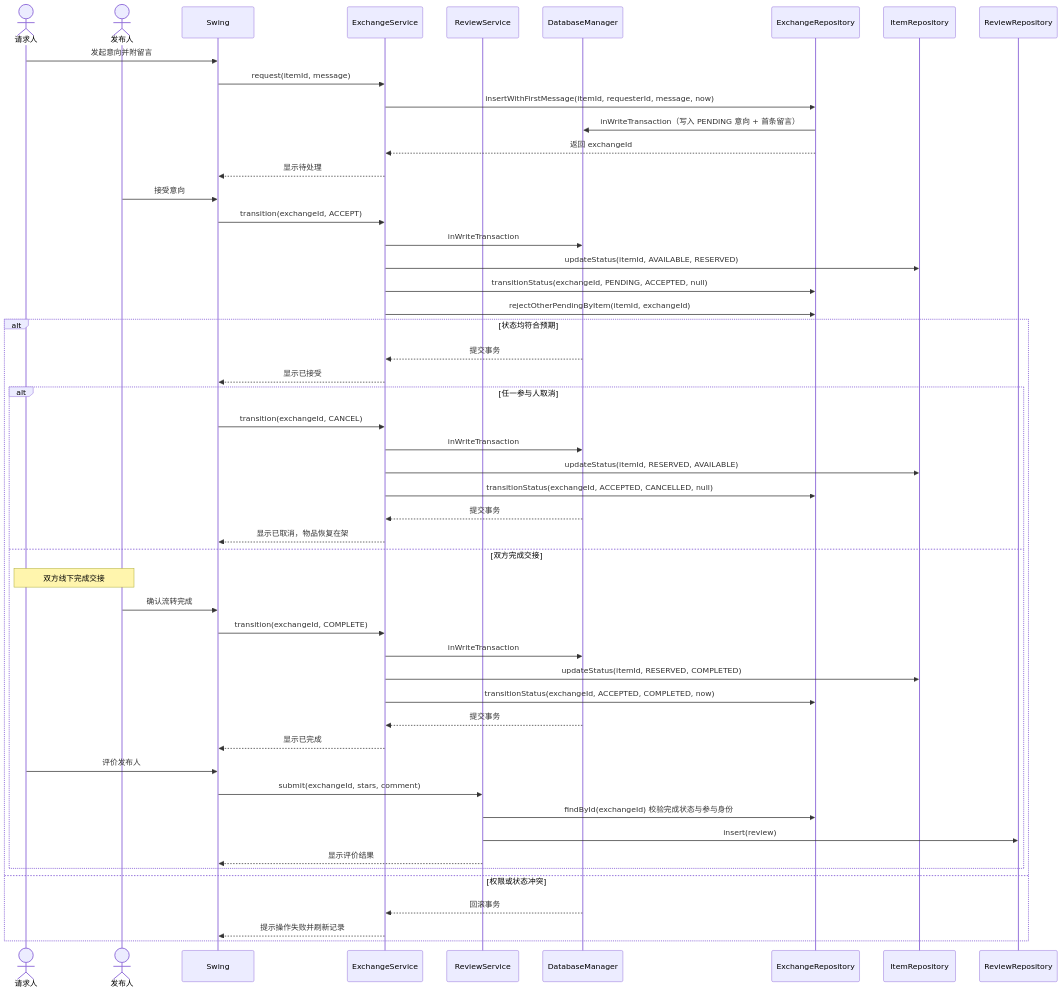
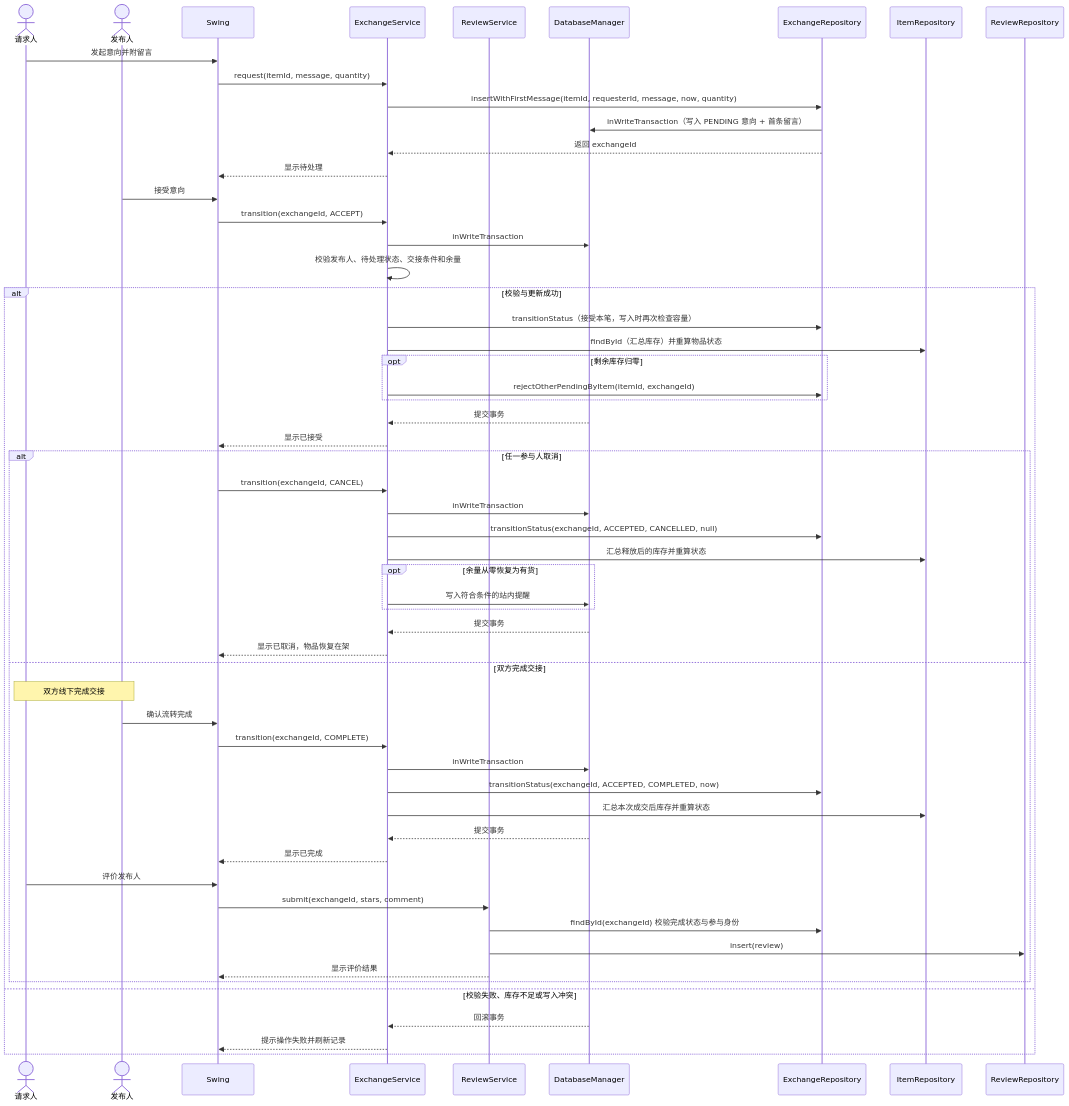
One commit to Ayin-gqzz/campus-resource-circulation changed the third of 4 diagrams in docs/uml.md. Above: the diagram before and after it, drawn with Mermaid. The commit also changed other lines of this file and 46 other files, not shown here.

Commit message:
feat: complete marketplace negotiation and multi-item demo flows

````diff
--- a/docs/uml.md
+++ b/docs/uml.md
@@ -158,55 +168,61 @@
 ```mermaid
 sequenceDiagram
     actor Buyer as 请求人
     actor Owner as 发布人
     participant UI as Swing
     participant Trade as ExchangeService
     participant Rate as ReviewService
     participant DB as DatabaseManager
     participant ExRepo as ExchangeRepository
     participant ItemRepo as ItemRepository
     participant RevRepo as ReviewRepository
 
     Buyer->>UI: 发起意向并附留言
-    UI->>Trade: request(itemId, message)
-    Trade->>ExRepo: insertWithFirstMessage(itemId, requesterId, message, now)
+    UI->>Trade: request(itemId, message, quantity)
+    Trade->>ExRepo: insertWithFirstMessage(itemId, requesterId, message, now, quantity)
     ExRepo->>DB: inWriteTransaction（写入 PENDING 意向 + 首条留言）
     ExRepo-->>Trade: 返回 exchangeId
     Trade-->>UI: 显示待处理
 
     Owner->>UI: 接受意向
     UI->>Trade: transition(exchangeId, ACCEPT)
     Trade->>DB: inWriteTransaction
-    Trade->>ItemRepo: updateStatus(itemId, AVAILABLE, RESERVED)
-    Trade->>ExRepo: transitionStatus(exchangeId, PENDING, ACCEPTED, null)
-    Trade->>ExRepo: rejectOtherPendingByItem(itemId, exchangeId)
-    alt 状态均符合预期
+    Trade->>Trade: 校验发布人、待处理状态、交接条件和余量
+    alt 校验与更新成功
+        Trade->>ExRepo: transitionStatus（接受本笔，写入时再次检查容量）
+        Trade->>ItemRepo: findById（汇总库存）并重算物品状态
+        opt 剩余库存归零
+            Trade->>ExRepo: rejectOtherPendingByItem(itemId, exchangeId)
+        end
         DB-->>Trade: 提交事务
         Trade-->>UI: 显示已接受
         alt 任一参与人取消
             UI->>Trade: transition(exchangeId, CANCEL)
             Trade->>DB: inWriteTransaction
-            Trade->>ItemRepo: updateStatus(itemId, RESERVED, AVAILABLE)
             Trade->>ExRepo: transitionStatus(exchangeId, ACCEPTED, CANCELLED, null)
+            Trade->>ItemRepo: 汇总释放后的库存并重算状态
+            opt 余量从零恢复为有货
+                Trade->>DB: 写入符合条件的站内提醒
+            end
             DB-->>Trade: 提交事务
             Trade-->>UI: 显示已取消，物品恢复在架
         else 双方完成交接
             Note over Buyer,Owner: 双方线下完成交接
             Owner->>UI: 确认流转完成
             UI->>Trade: transition(exchangeId, COMPLETE)
             Trade->>DB: inWriteTransaction
-            Trade->>ItemRepo: updateStatus(itemId, RESERVED, COMPLETED)
             Trade->>ExRepo: transitionStatus(exchangeId, ACCEPTED, COMPLETED, now)
+            Trade->>ItemRepo: 汇总本次成交后库存并重算状态
             DB-->>Trade: 提交事务
             Trade-->>UI: 显示已完成
             Buyer->>UI: 评价发布人
             UI->>Rate: submit(exchangeId, stars, comment)
             Rate->>ExRepo: findById(exchangeId) 校验完成状态与参与身份
             Rate->>RevRepo: insert(review)
             Rate-->>UI: 显示评价结果
         end
-    else 权限或状态冲突
+    else 校验失败、库存不足或写入冲突
         DB-->>Trade: 回滚事务
         Trade-->>UI: 提示操作失败并刷新记录
     end
 ```
````
